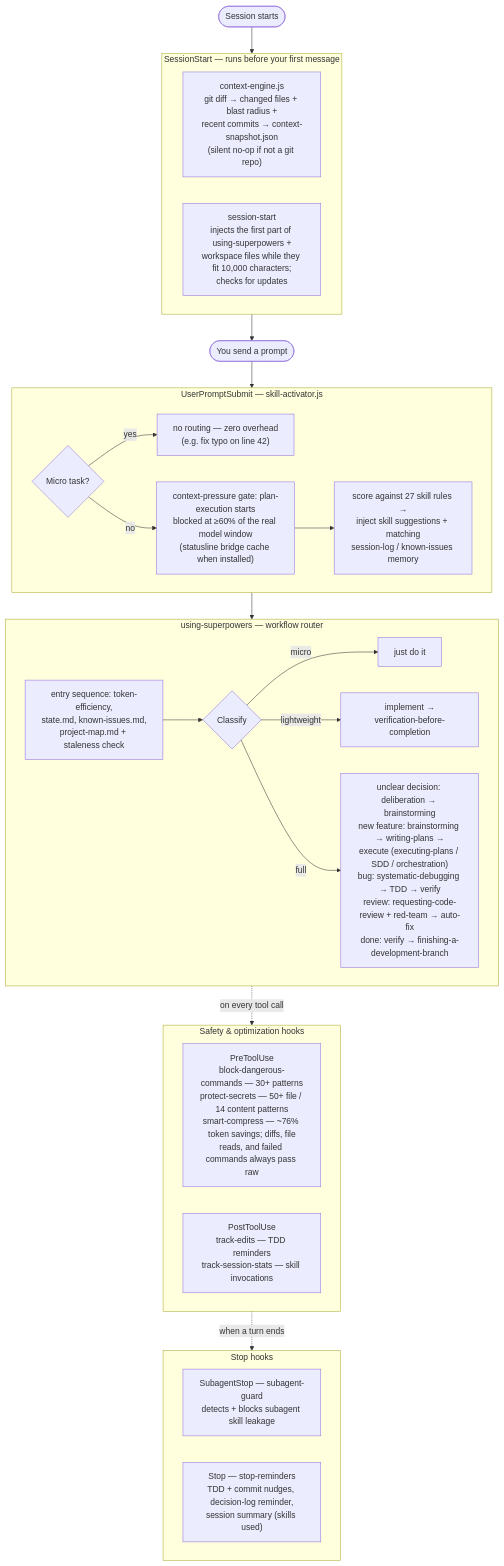
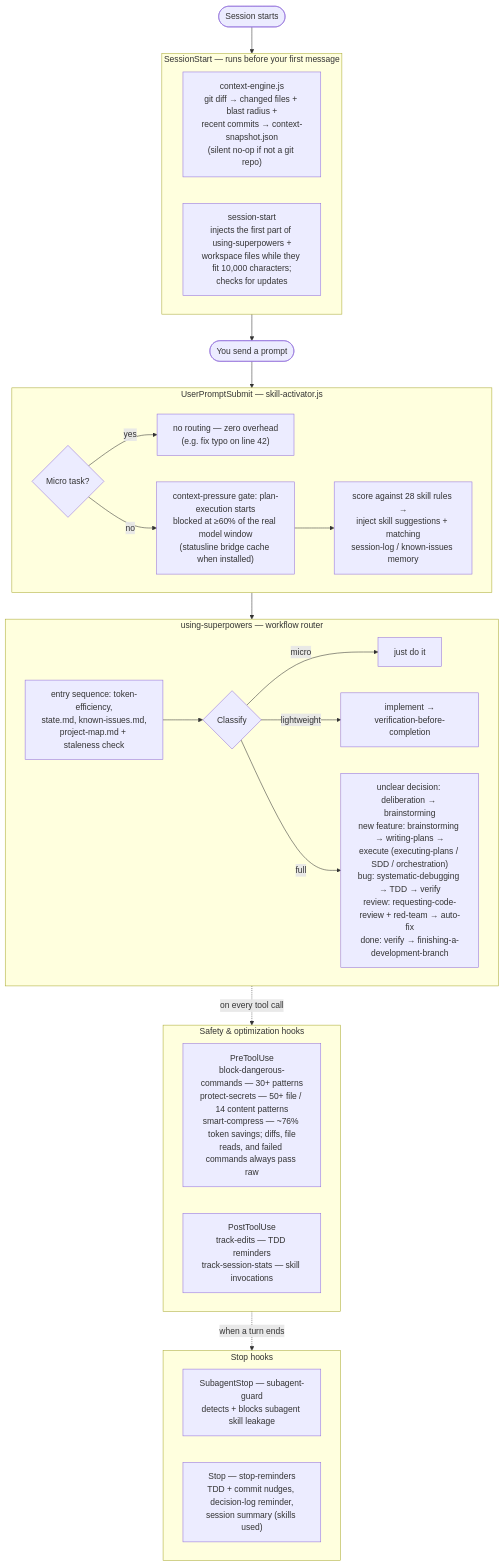
Before and after one commit to brunob54/superpowers-orchestrator: the diagram in README.md, drawn with Mermaid. The commit also changed 2 other files, not shown here.

Commit message:
review fixes (worklog, round 5)

````diff
--- a/README.md
+++ b/README.md
@@ -90,42 +90,42 @@
 ```mermaid
 flowchart TD
     START([Session starts]) --> SS
 
     subgraph SS["SessionStart — runs before your first message"]
         CE["context-engine.js<br/>git diff → changed files + blast radius +<br/>recent commits → context-snapshot.json<br/>(silent no-op if not a git repo)"]
         SST["session-start<br/>injects the first part of using-superpowers +<br/>workspace files while they fit 10,000 characters;<br/>checks for updates"]
     end
 
     SS --> PROMPT([You send a prompt])
     PROMPT --> SA
 
     subgraph SA["UserPromptSubmit — skill-activator.js"]
         Q1{"Micro task?"} -->|yes| Z1["no routing — zero overhead<br/>(e.g. fix typo on line 42)"]
         Q1 -->|no| PG["context-pressure gate: plan-execution starts<br/>blocked at ≥60% of the real model window<br/>(statusline bridge cache when installed)"]
-        PG --> SCORE["score against 27 skill rules →<br/>inject skill suggestions + matching<br/>session-log / known-issues memory"]
+        PG --> SCORE["score against 28 skill rules →<br/>inject skill suggestions + matching<br/>session-log / known-issues memory"]
     end
 
     SA --> RT
 
     subgraph RT["using-superpowers — workflow router"]
         ES["entry sequence: token-efficiency,<br/>state.md, known-issues.md,<br/>project-map.md + staleness check"]
         ES --> CLS{"Classify"}
         CLS -->|micro| JD["just do it"]
         CLS -->|lightweight| LW["implement →<br/>verification-before-completion"]
         CLS -->|full| FULL["unclear decision: deliberation → brainstorming<br/>new feature: brainstorming → writing-plans →<br/>execute (executing-plans / SDD / orchestration)<br/>bug: systematic-debugging → TDD → verify<br/>review: requesting-code-review + red-team → auto-fix<br/>done: verify → finishing-a-development-branch"]
     end
 
     RT -.->|"on every tool call"| TOOLS
 
     subgraph TOOLS["Safety & optimization hooks"]
         PRE["PreToolUse<br/>block-dangerous-commands — 30+ patterns<br/>protect-secrets — 50+ file / 14 content patterns<br/>smart-compress — ~76% token savings; diffs, file<br/>reads, and failed commands always pass raw"]
         POST["PostToolUse<br/>track-edits — TDD reminders<br/>track-session-stats — skill invocations"]
     end
 
     TOOLS -.->|"when a turn ends"| STOPS
 
     subgraph STOPS["Stop hooks"]
         SG["SubagentStop — subagent-guard<br/>detects + blocks subagent skill leakage"]
         SR["Stop — stop-reminders<br/>TDD + commit nudges, decision-log reminder,<br/>session summary (skills used)"]
     end
 ```
````
